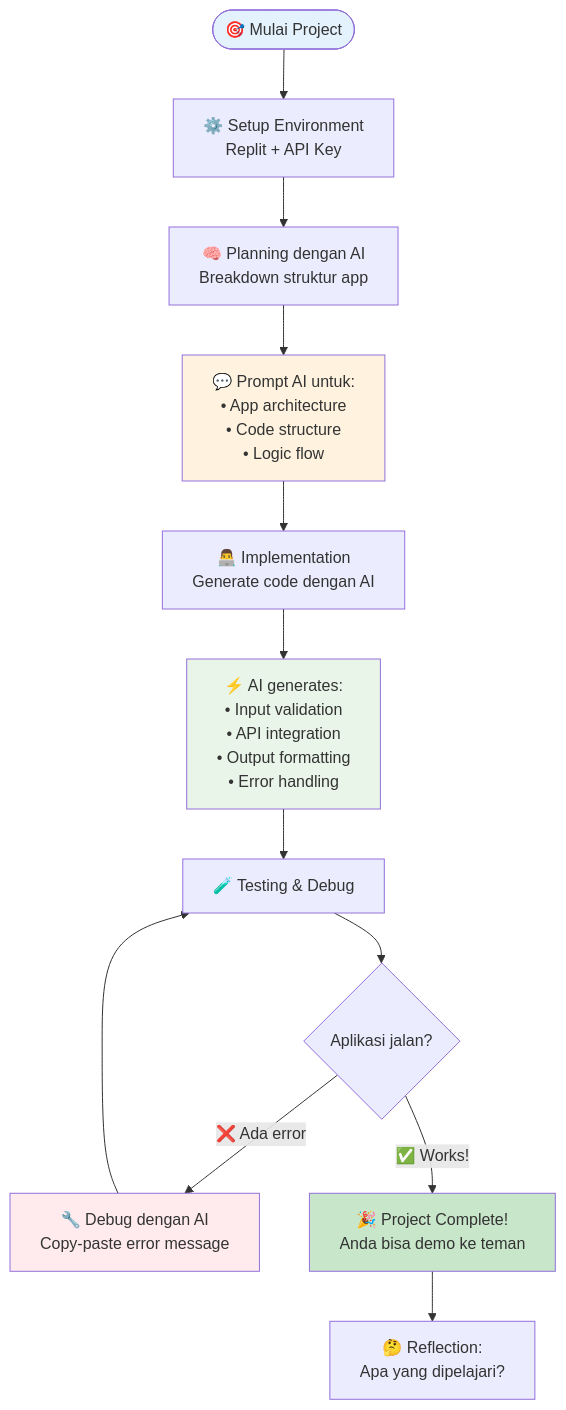
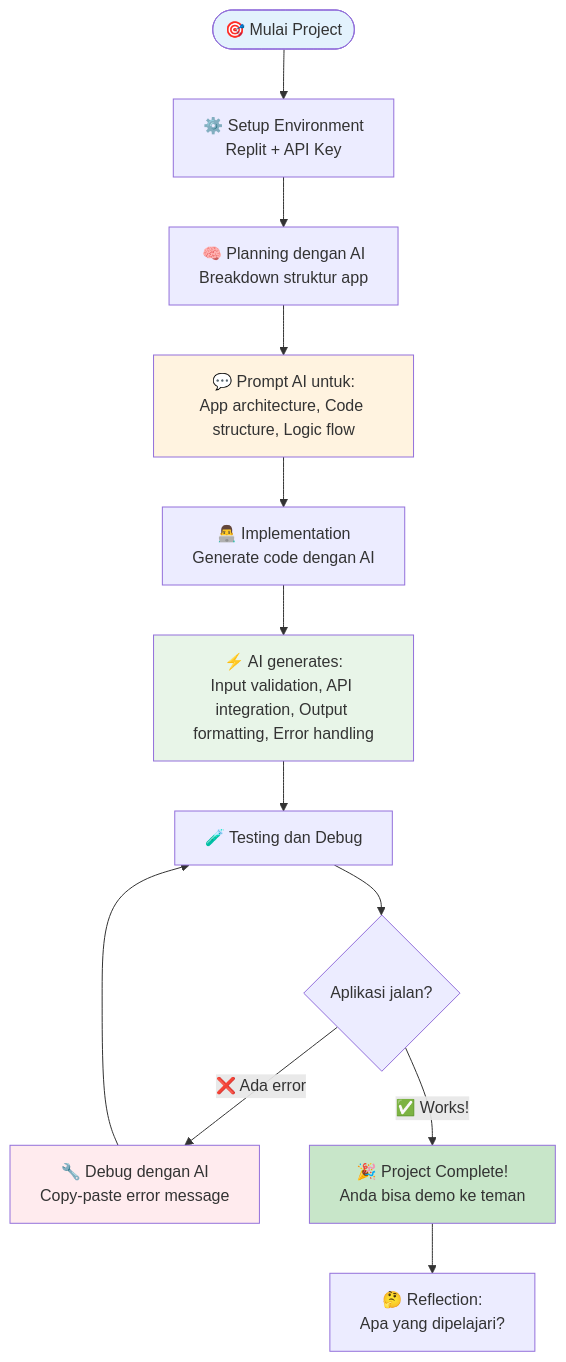
One commit to antonprafanto/vibecoding changed the fifth of 6 diagrams in modul1pemula.md. Above: the diagram before and after it, drawn with Mermaid. The commit also changed other lines of this file, not shown here.

````diff
--- a/modul1pemula.md
+++ b/modul1pemula.md
@@ -353,27 +353,27 @@
 ```mermaid
 flowchart TD
     Start([🎯 Mulai Project]) --> Setup[⚙️ Setup Environment<br/>Replit + API Key]
     
     Setup --> Plan[🧠 Planning dengan AI<br/>Breakdown struktur app]
     
-    Plan --> Plan1[💬 Prompt AI untuk:<br/>• App architecture<br/>• Code structure<br/>• Logic flow]
+    Plan --> Plan1[💬 Prompt AI untuk:<br/>App architecture, Code structure, Logic flow]
     
     Plan1 --> Code[👨‍💻 Implementation<br/>Generate code dengan AI]
     
-    Code --> Code1[⚡ AI generates:<br/>• Input validation<br/>• API integration<br/>• Output formatting<br/>• Error handling]
+    Code --> Code1[⚡ AI generates:<br/>Input validation, API integration, Output formatting, Error handling]
     
-    Code1 --> Test[🧪 Testing & Debug]
+    Code1 --> Test[🧪 Testing dan Debug]
     
     Test --> Test1{Aplikasi jalan?}
     Test1 -->|❌ Ada error| Debug[🔧 Debug dengan AI<br/>Copy-paste error message]
     Debug --> Test
     Test1 -->|✅ Works!| Success[🎉 Project Complete!<br/>Anda bisa demo ke teman]
     
     Success --> Reflect[🤔 Reflection:<br/>Apa yang dipelajari?]
     
     style Start fill:#e3f2fd
     style Plan1 fill:#fff3e0
     style Code1 fill:#e8f5e8
     style Success fill:#c8e6c9
     style Debug fill:#ffebee
 ```
````
